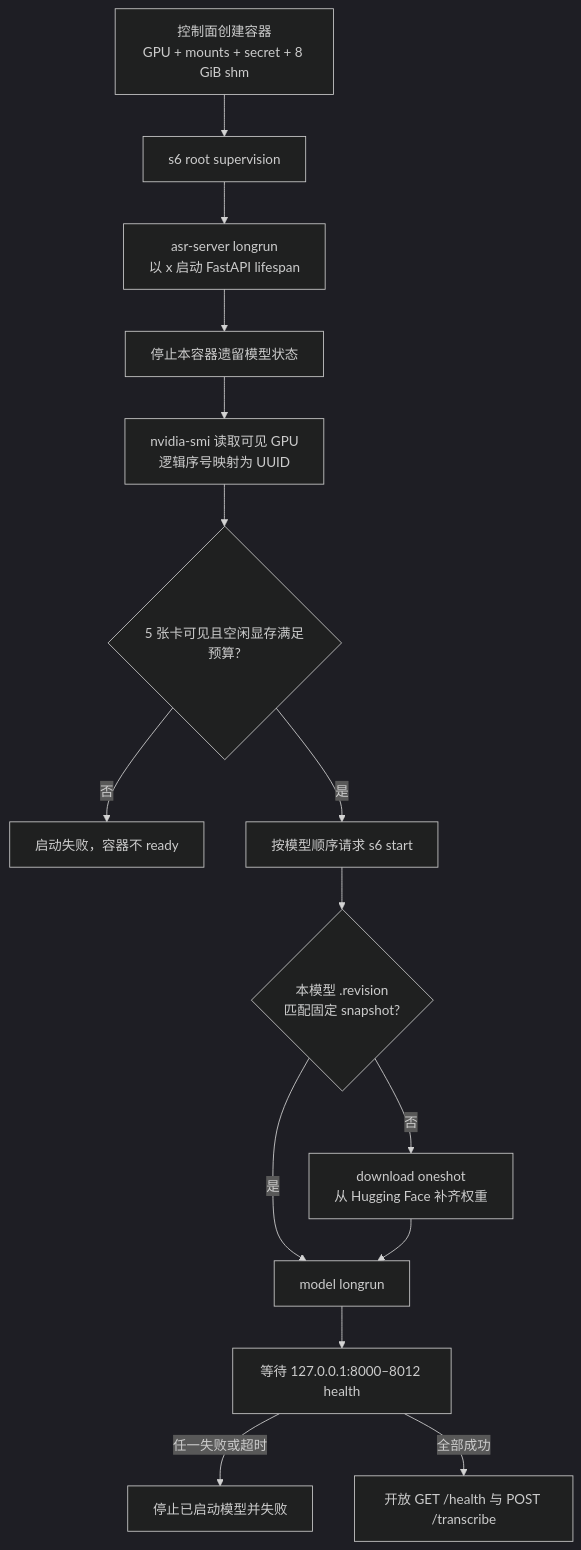
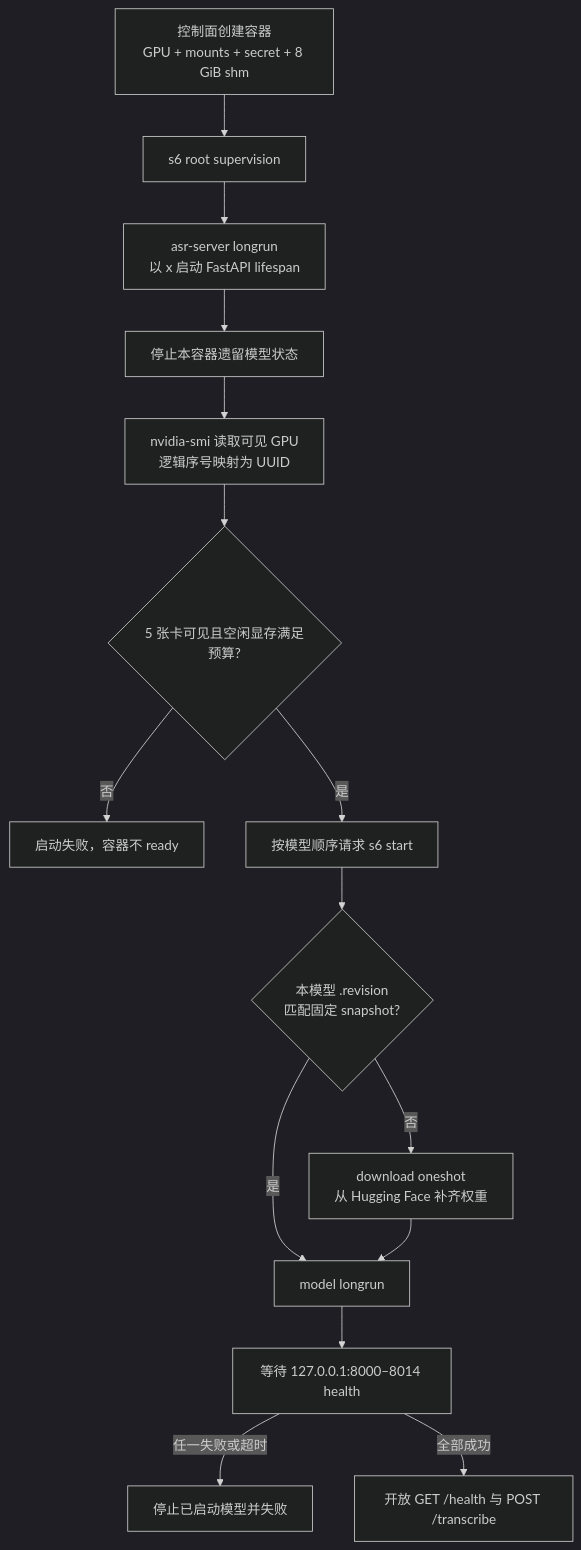
The second of 3 diagrams in platform/container/services/asr/DESIGN.md (curoky/codespace), drawn with Mermaid (dark theme) before and after one commit. The commit also changed other lines of this file and 79 other files, not shown here.

````diff
--- a/platform/container/services/asr/DESIGN.md
+++ b/platform/container/services/asr/DESIGN.md
@@ -27,17 +27,17 @@
 ```mermaid
 flowchart TD
     C[控制面创建容器<br/>GPU + mounts + secret + 8 GiB shm] --> S6[s6 root supervision]
     S6 --> Server[asr-server longrun<br/>以 x 启动 FastAPI lifespan]
     Server --> Reset[停止本容器遗留模型状态]
     Reset --> Inventory[nvidia-smi 读取可见 GPU<br/>逻辑序号映射为 UUID]
     Inventory --> Guard{5 张卡可见且空闲显存满足预算?}
     Guard -->|否| Fail[启动失败，容器不 ready]
     Guard -->|是| Start[按模型顺序请求 s6 start]
     Start --> Download{本模型 .revision<br/>匹配固定 snapshot?}
     Download -->|否| HF[download oneshot<br/>从 Hugging Face 补齐权重]
     Download -->|是| Run[model longrun]
     HF --> Run
-    Run --> Health[等待 127.0.0.1:8000–8012 health]
+    Run --> Health[等待 127.0.0.1:8000–8014 health]
     Health -->|任一失败或超时| Cleanup[停止已启动模型并失败]
     Health -->|全部成功| Ready[开放 GET /health 与 POST /transcribe]
 ```
````
